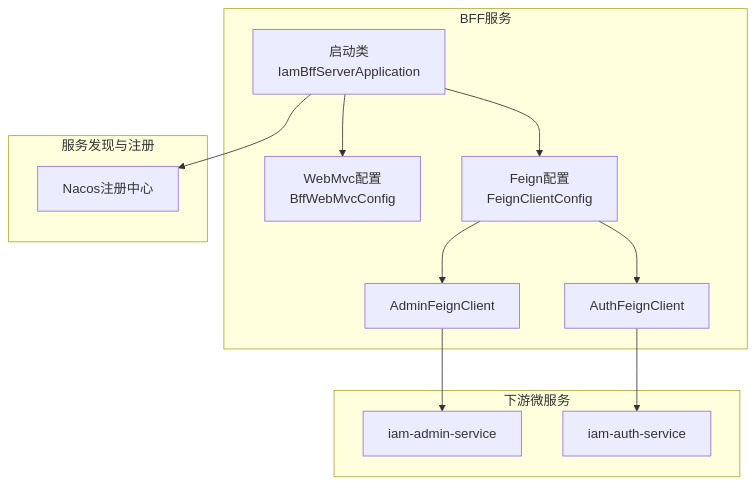
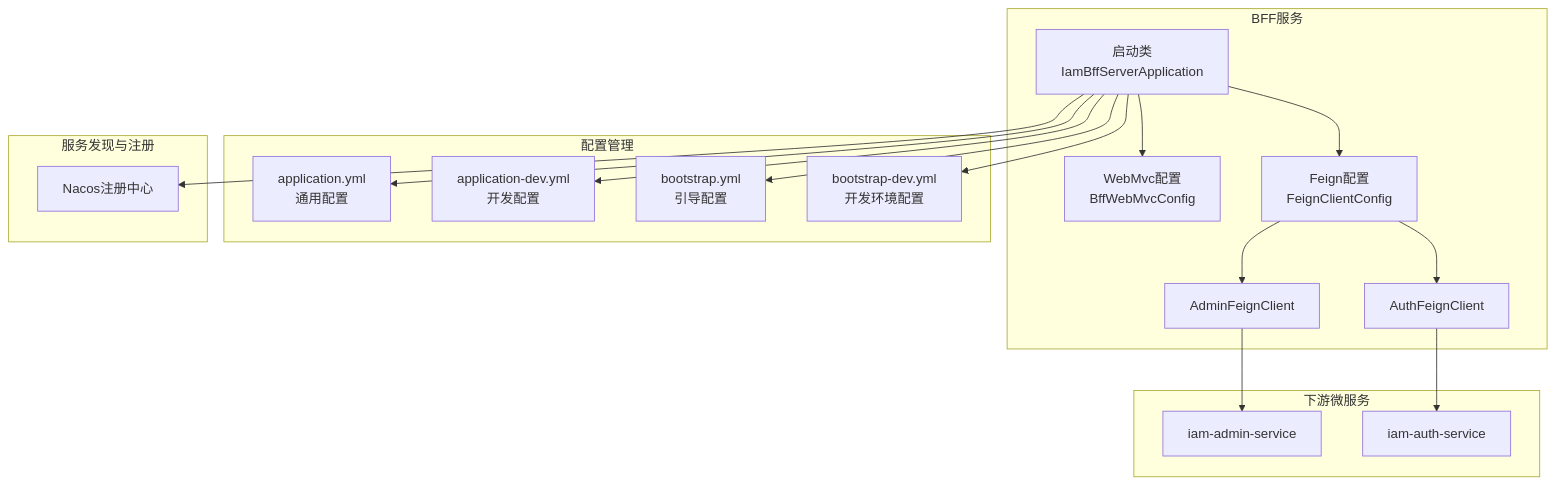
Before and after one commit to fq0121104930716/iam-platform: the second of 7 diagrams in .qoder/repowiki/zh/content/项目概述/项目结构/前端代理服务器 (iam-bff-server)/应用启动与配置.md, drawn with Mermaid. The commit also changed other lines of this file and 42 other files, not shown here.

````diff
--- a/.qoder/repowiki/zh/content/项目概述/项目结构/前端代理服务器 (iam-bff-server)/应用启动与配置.md
+++ b/.qoder/repowiki/zh/content/项目概述/项目结构/前端代理服务器 (iam-bff-server)/应用启动与配置.md
@@ -81,24 +92,34 @@
 ```mermaid
 graph TB
 subgraph "BFF服务"
 S["启动类<br/>IamBffServerApplication"]
 W["WebMvc配置<br/>BffWebMvcConfig"]
 FConf["Feign配置<br/>FeignClientConfig"]
 AClient["AdminFeignClient"]
 UClient["AuthFeignClient"]
+end
+subgraph "配置管理"
+AppYml["application.yml<br/>通用配置"]
+DevYml["application-dev.yml<br/>开发配置"]
+BootYml["bootstrap.yml<br/>引导配置"]
+BootDevYml["bootstrap-dev.yml<br/>开发环境配置"]
 end
 subgraph "服务发现与注册"
 Nacos["Nacos注册中心"]
 end
 subgraph "下游微服务"
 Admin["iam-admin-service"]
 Auth["iam-auth-service"]
 end
 S --> W
 S --> FConf
 FConf --> AClient
 FConf --> UClient
+S --> AppYml
+S --> DevYml
+S --> BootYml
+S --> BootDevYml
 S --> Nacos
 AClient --> Admin
 UClient --> Auth
 ```
````
